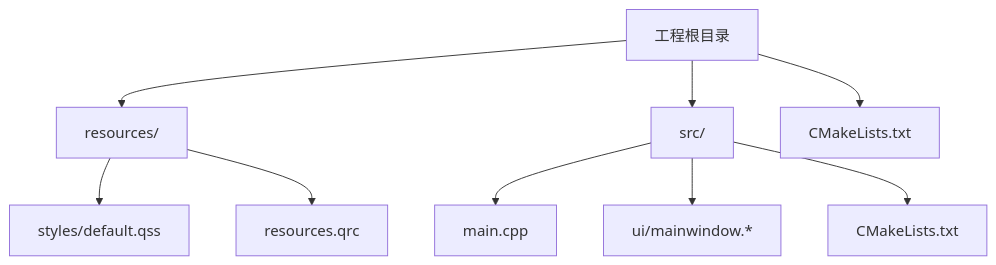
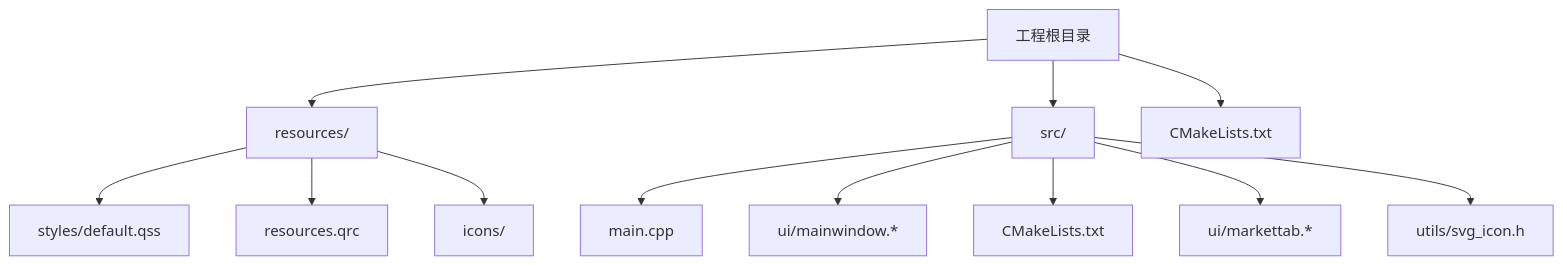
The first of 10 diagrams in .qoder/repowiki/zh/content/资源管理.md (jakecai1225-design/OpenBus), drawn with Mermaid before and after one commit. The commit also changed other lines of this file and 5 other files, not shown here.

````diff
--- a/.qoder/repowiki/zh/content/资源管理.md
+++ b/.qoder/repowiki/zh/content/资源管理.md
@@ -43,11 +46,14 @@
 ```mermaid
 graph TB
 A["工程根目录"] --> B["resources/"]
 A --> C["src/"]
 B --> B1["styles/default.qss"]
 B --> B2["resources.qrc"]
+B --> B3["icons/"]
 C --> C1["main.cpp"]
 C --> C2["ui/mainwindow.*"]
 C --> C3["CMakeLists.txt"]
+C --> C4["ui/markettab.*"]
+C --> C5["utils/svg_icon.h"]
 A --> D["CMakeLists.txt"]
 ```
````
